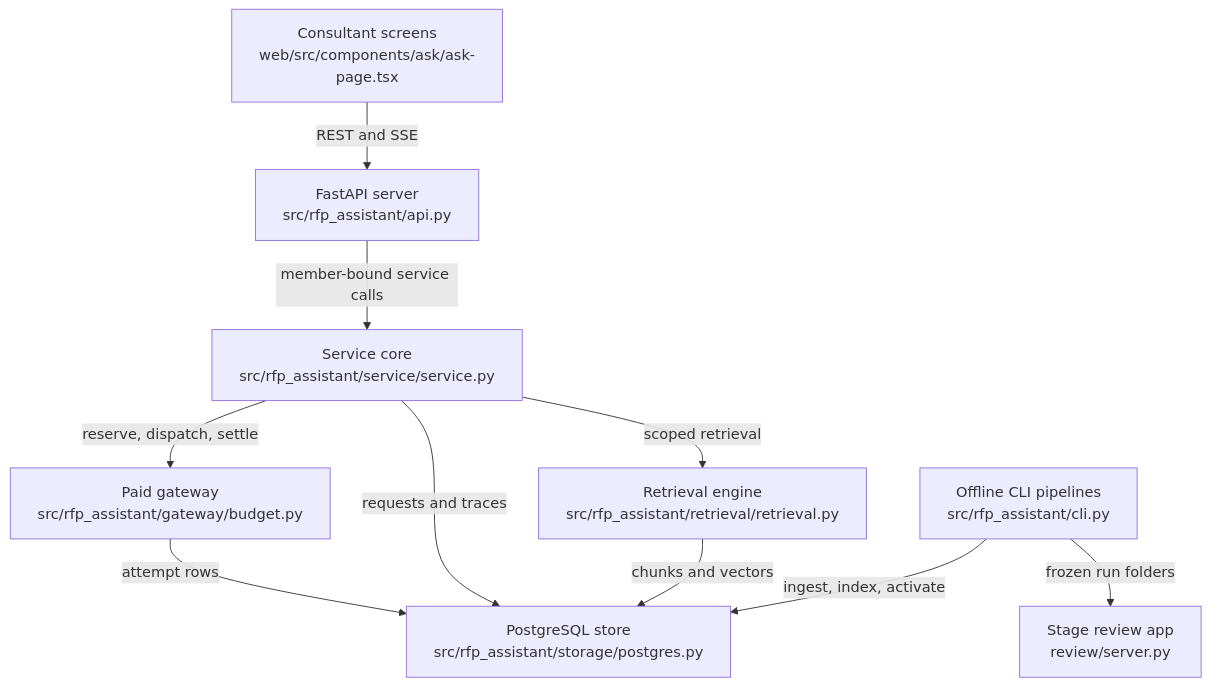
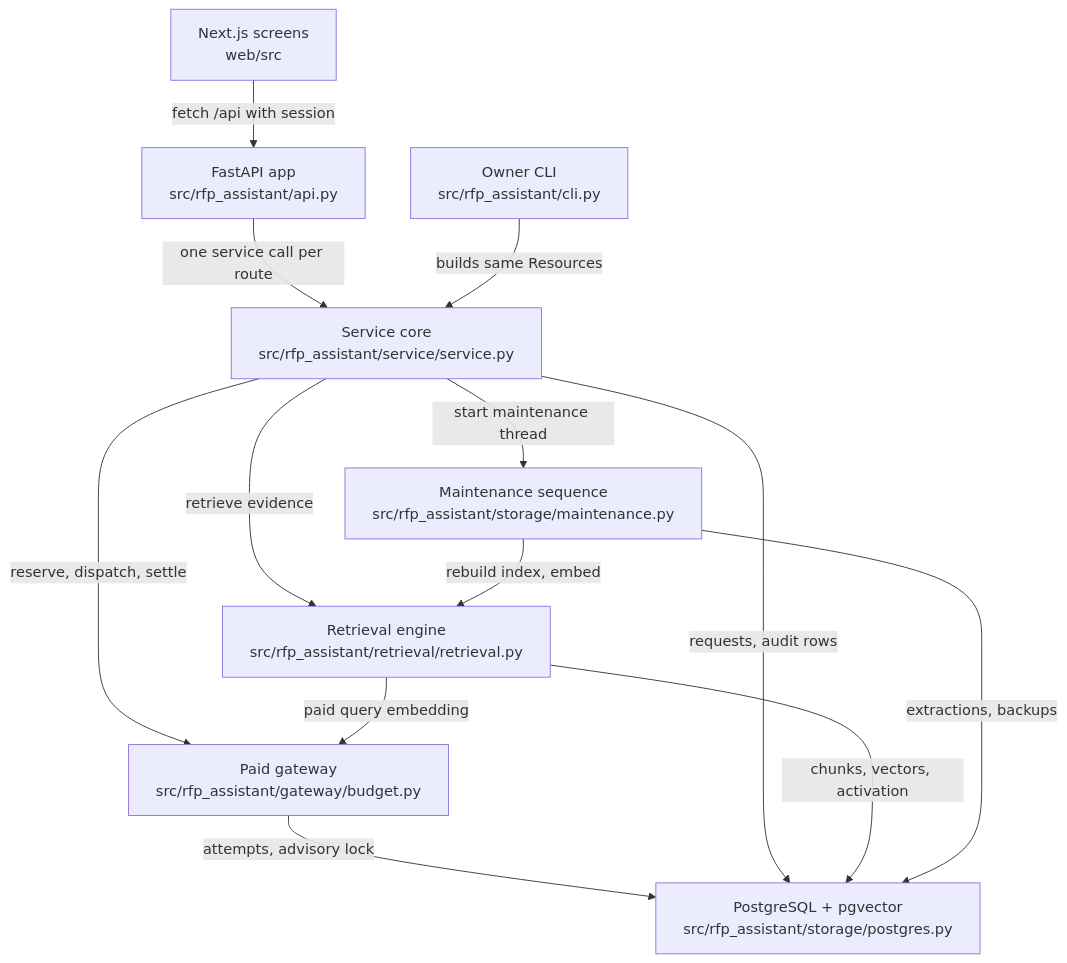
Before and after one commit to littleeeeebit/project-codeit-mid: the diagram in .omm/overall-architecture/diagram.mmd, drawn with Mermaid. The commit also changed 404 other files, not shown here.

```diff
--- a/.omm/overall-architecture/diagram.mmd
+++ b/.omm/overall-architecture/diagram.mmd
@@ -1,18 +1,13 @@
 graph TD
-  consultant-screens["Consultant screens\nweb/src/components/ask/ask-page.tsx"]
-  api-server["FastAPI server\nsrc/rfp_assistant/api.py"]
-  service-core["Service core\nsrc/rfp_assistant/service/service.py"]
-  retrieval-engine["Retrieval engine\nsrc/rfp_assistant/retrieval/retrieval.py"]
-  paid-gateway["Paid gateway\nsrc/rfp_assistant/gateway/budget.py"]
-  postgres-store["PostgreSQL store\nsrc/rfp_assistant/storage/postgres.py"]
-  offline-cli["Offline CLI pipelines\nsrc/rfp_assistant/cli.py"]
-  review-app["Stage review app\nreview/server.py"]
-  consultant-screens -->|REST and SSE| api-server
-  api-server -->|member-bound service calls| service-core
-  service-core -->|scoped retrieval| retrieval-engine
-  service-core -->|reserve, dispatch, settle| paid-gateway
-  paid-gateway -->|attempt rows| postgres-store
-  service-core -->|requests and traces| postgres-store
-  retrieval-engine -->|chunks and vectors| postgres-store
-  offline-cli -->|ingest, index, activate| postgres-store
-  offline-cli -->|frozen run folders| review-app
+  web-screens["Next.js screens\nweb/src"] -->|"fetch /api with session"| http-api["FastAPI app\nsrc/rfp_assistant/api.py"]
+  http-api -->|"one service call per route"| service-core["Service core\nsrc/rfp_assistant/service/service.py"]
+  owner-cli["Owner CLI\nsrc/rfp_assistant/cli.py"] -->|"builds same Resources"| service-core
+  service-core -->|"retrieve evidence"| retrieval-engine["Retrieval engine\nsrc/rfp_assistant/retrieval/retrieval.py"]
+  service-core -->|"reserve, dispatch, settle"| paid-gateway["Paid gateway\nsrc/rfp_assistant/gateway/budget.py"]
+  retrieval-engine -->|"paid query embedding"| paid-gateway
+  service-core -->|"start maintenance thread"| maintenance-sequence["Maintenance sequence\nsrc/rfp_assistant/storage/maintenance.py"]
+  maintenance-sequence -->|"rebuild index, embed"| retrieval-engine
+  paid-gateway -->|"attempts, advisory lock"| postgres-store["PostgreSQL + pgvector\nsrc/rfp_assistant/storage/postgres.py"]
+  service-core -->|"requests, audit rows"| postgres-store
+  retrieval-engine -->|"chunks, vectors, activation"| postgres-store
+  maintenance-sequence -->|"extractions, backups"| postgres-store
```
